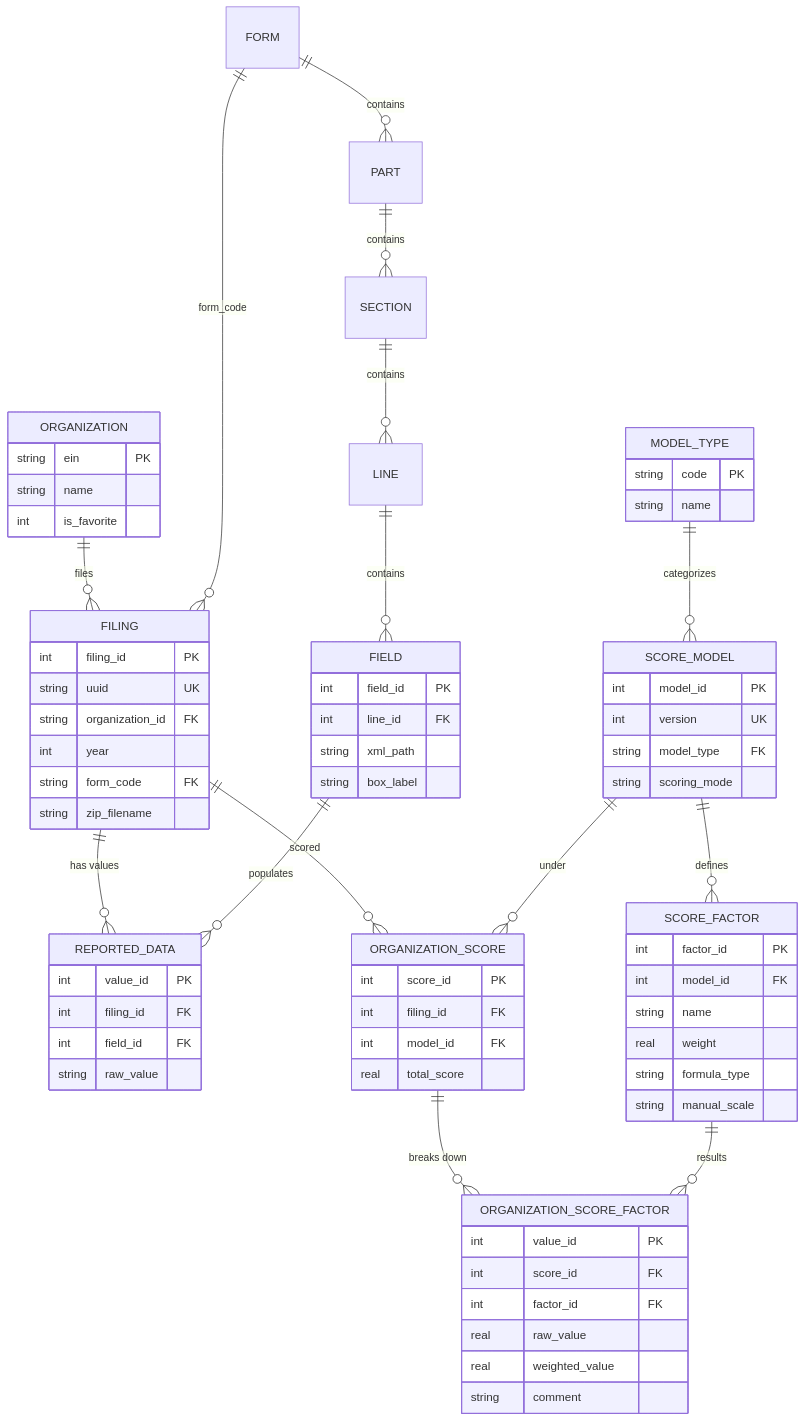
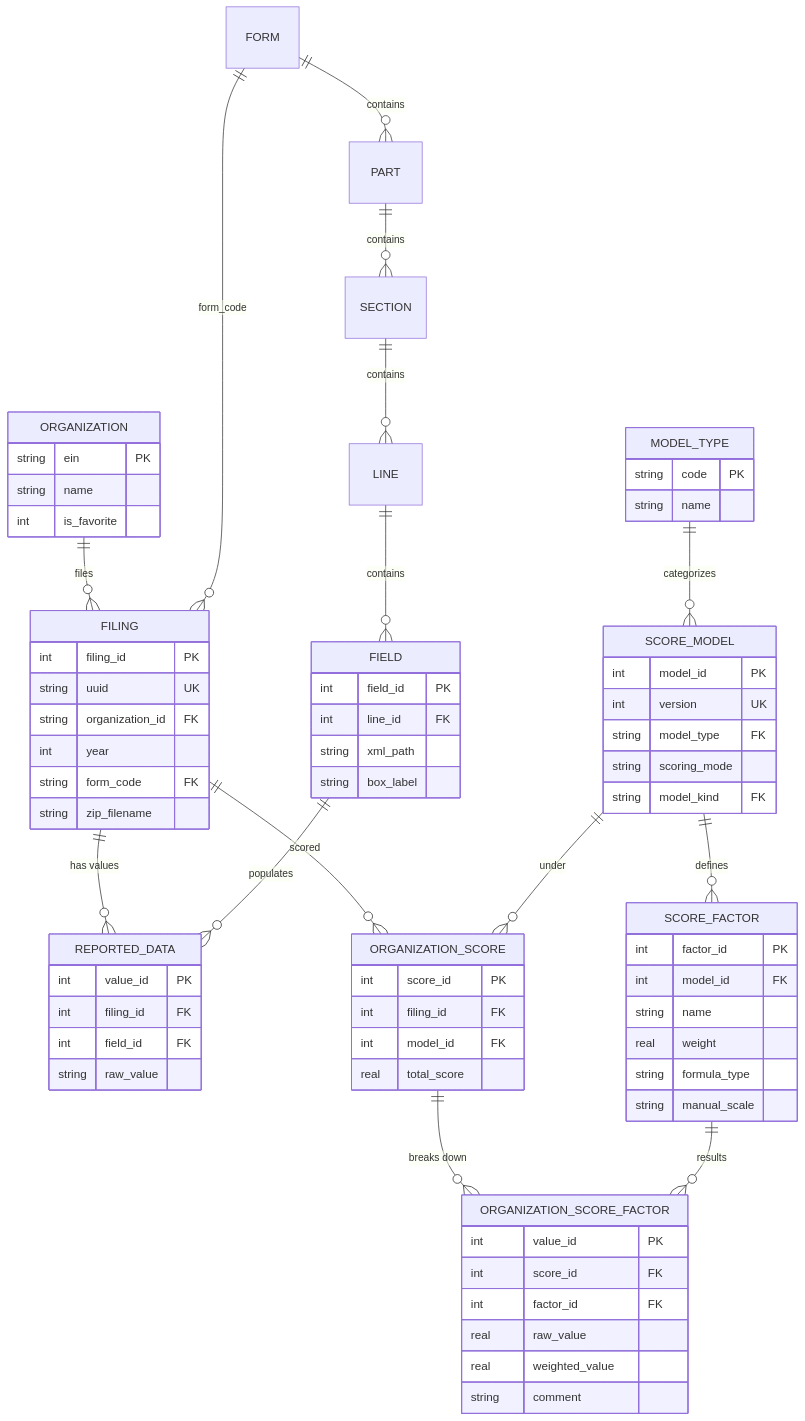
One commit to CalamooseLabs/OpenReturn changed the second of 3 diagrams in docs/development/architecture.md. Above: the diagram before and after it, drawn with Mermaid. The commit also changed other lines of this file and 23 other files, not shown here.

````diff
--- a/docs/development/architecture.md
+++ b/docs/development/architecture.md
@@ -56,75 +56,76 @@
 ```mermaid
 erDiagram
   ORGANIZATION ||--o{ FILING : files
   FILING ||--o{ REPORTED_DATA : "has values"
   FIELD ||--o{ REPORTED_DATA : populates
   FORM ||--o{ PART : contains
   PART ||--o{ SECTION : contains
   SECTION ||--o{ LINE : contains
   LINE ||--o{ FIELD : contains
   FORM ||--o{ FILING : "form_code"
   MODEL_TYPE ||--o{ SCORE_MODEL : categorizes
   SCORE_MODEL ||--o{ SCORE_FACTOR : defines
   FILING ||--o{ ORGANIZATION_SCORE : "scored"
   SCORE_MODEL ||--o{ ORGANIZATION_SCORE : under
   ORGANIZATION_SCORE ||--o{ ORGANIZATION_SCORE_FACTOR : "breaks down"
   SCORE_FACTOR ||--o{ ORGANIZATION_SCORE_FACTOR : results
 
   ORGANIZATION {
     string ein PK
     string name
     int is_favorite
   }
   FILING {
     int filing_id PK
     string uuid UK
     string organization_id FK
     int year
     string form_code FK
     string zip_filename
   }
   REPORTED_DATA {
     int value_id PK
     int filing_id FK
     int field_id FK
     string raw_value
   }
   FIELD {
     int field_id PK
     int line_id FK
     string xml_path
     string box_label
   }
   MODEL_TYPE {
     string code PK
     string name
   }
   SCORE_MODEL {
     int model_id PK
     int version UK
     string model_type FK
     string scoring_mode
+    string model_kind FK
   }
   SCORE_FACTOR {
     int factor_id PK
     int model_id FK
     string name
     real weight
     string formula_type
     string manual_scale
   }
   ORGANIZATION_SCORE {
     int score_id PK
     int filing_id FK
     int model_id FK
     real total_score
   }
   ORGANIZATION_SCORE_FACTOR {
     int value_id PK
     int score_id FK
     int factor_id FK
     real raw_value
     real weighted_value
     string comment
   }
 ```
````
